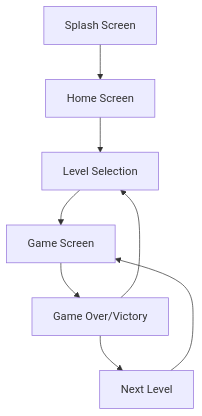
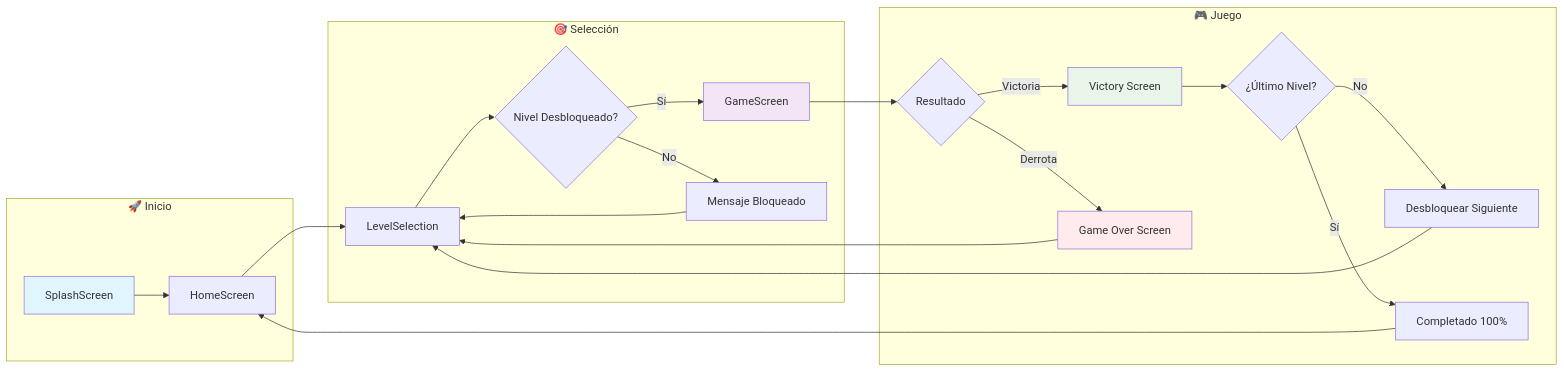
The fourth of 5 diagrams in README.md (felipesanchez-dev/Candy-Crush), drawn with Mermaid before and after one commit. The commit also changed other lines of this file, not shown here.

````diff
--- a/README.md
+++ b/README.md
@@ -192,10 +484,33 @@
 ```mermaid
-graph TD
-    A[Splash Screen] --> B[Home Screen]
-    B --> C[Level Selection]
-    C --> D[Game Screen]
-    D --> E[Game Over/Victory]
-    E --> C
-    E --> F[Next Level]
-    F --> D
+graph LR
+    subgraph "🚀 Inicio"
+        A[SplashScreen] --> B[HomeScreen]
+    end
+    
+    subgraph "🎯 Selección"
+        B --> C[LevelSelection]
+        C --> D{Nivel Desbloqueado?}
+        D -->|Sí| E[GameScreen]
+        D -->|No| F[Mensaje Bloqueado]
+        F --> C
+    end
+    
+    subgraph "🎮 Juego"
+        E --> G{Resultado}
+        G -->|Victoria| H[Victory Screen]
+        G -->|Derrota| I[Game Over Screen]
+        
+        H --> J{¿Último Nivel?}
+        J -->|No| K[Desbloquear Siguiente]
+        J -->|Sí| L[Completado 100%]
+        
+        K --> C
+        I --> C
+        L --> B
+    end
+    
+    style A fill:#e1f5fe
+    style E fill:#f3e5f5
+    style H fill:#e8f5e8
+    style I fill:#ffebee
 ```
````
